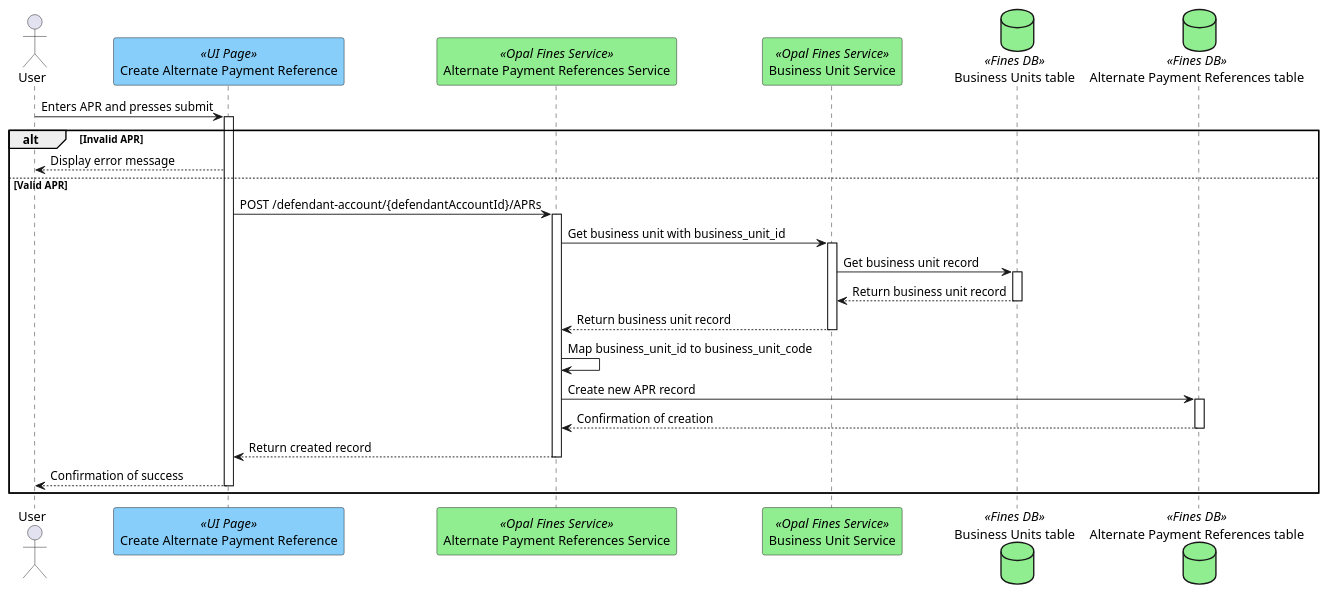
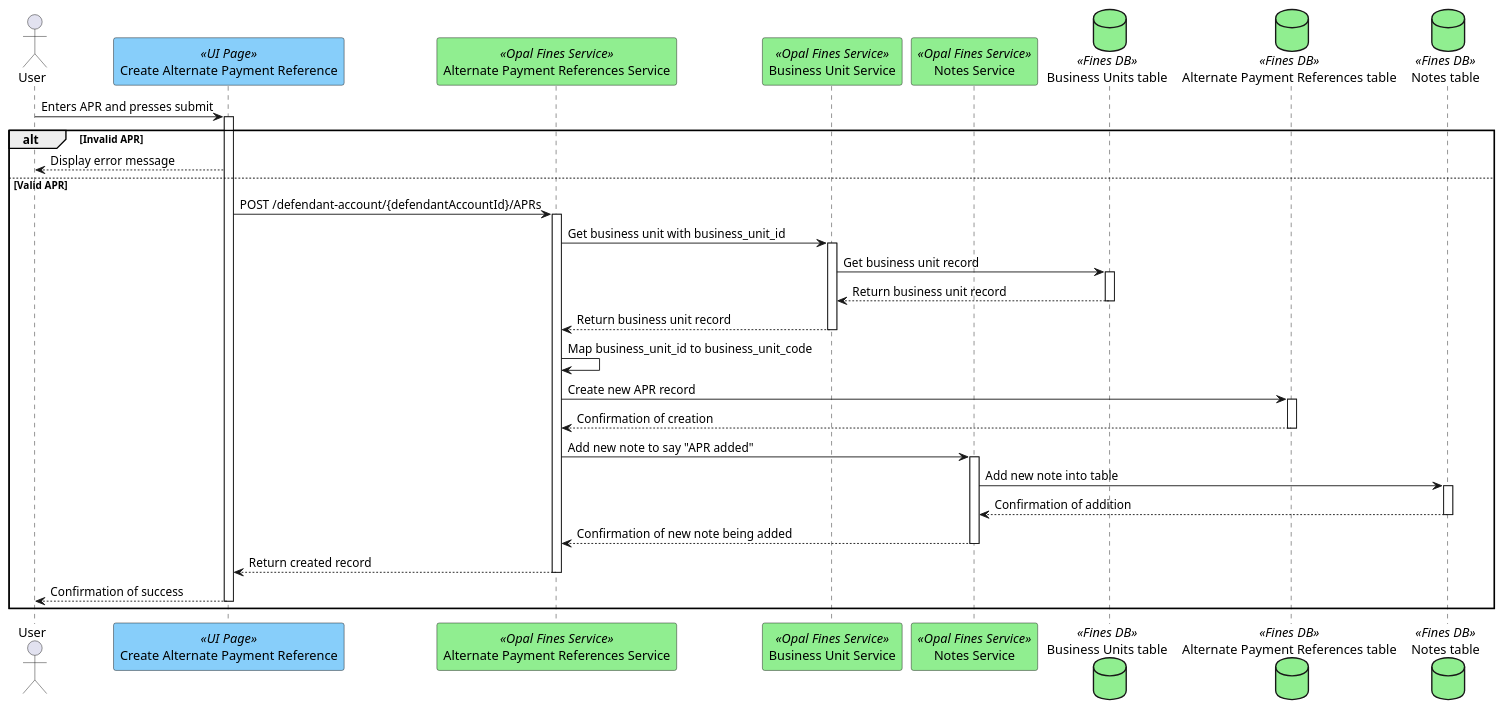
One commit to hmcts/opal-docs changed the diagram in plantUML/external-interfaces/create-apr.puml. Above: the diagram before and after it, drawn with PlantUML. The commit also changed 2 other files, not shown here.

Commit message:
Adding in notes table integration to CUD operations

```diff
--- a/plantUML/external-interfaces/create-apr.puml
+++ b/plantUML/external-interfaces/create-apr.puml
@@ -1,24 +1,30 @@
 @startuml
 actor "User" as user
 participant "Create Alternate Payment Reference" as uiPage <<UI Page>> #lightskyblue
 participant "Alternate Payment References Service" as alternatePaymentReferencesService <<Opal Fines Service>> #lightgreen
 participant "Business Unit Service" as businessUnitService <<Opal Fines Service>> #lightgreen
+participant "Notes Service" as notesService <<Opal Fines Service>> #lightgreen
 database "Business Units table" as businessUnitsTable <<Fines DB>>#lightgreen
 database "Alternate Payment References table" as aprTable <<Fines DB>>#lightgreen
+database "Notes table" as notesTable <<Fines DB>>#lightgreen
 
 user -> uiPage ++ : Enters APR and presses submit
 alt Invalid APR
     uiPage --> user : Display error message
 else Valid APR
     uiPage -> alternatePaymentReferencesService ++ : POST /defendant-account/{defendantAccountId}/APRs
     alternatePaymentReferencesService -> businessUnitService ++ : Get business unit with business_unit_id
     businessUnitService -> businessUnitsTable ++ : Get business unit record
     businessUnitsTable --> businessUnitService -- : Return business unit record
     businessUnitService --> alternatePaymentReferencesService -- : Return business unit record
     alternatePaymentReferencesService -> alternatePaymentReferencesService : Map business_unit_id to business_unit_code
     alternatePaymentReferencesService -> aprTable ++ : Create new APR record
     aprTable --> alternatePaymentReferencesService -- : Confirmation of creation
+    alternatePaymentReferencesService -> notesService ++ :  Add new note to say "APR added"
+    notesService -> notesTable ++ : Add new note into table
+    notesTable --> notesService -- : Confirmation of addition
+    notesService --> alternatePaymentReferencesService -- : Confirmation of new note being added
     alternatePaymentReferencesService --> uiPage -- : Return created record
     uiPage --> user -- : Confirmation of success
 end
 @enduml
```
